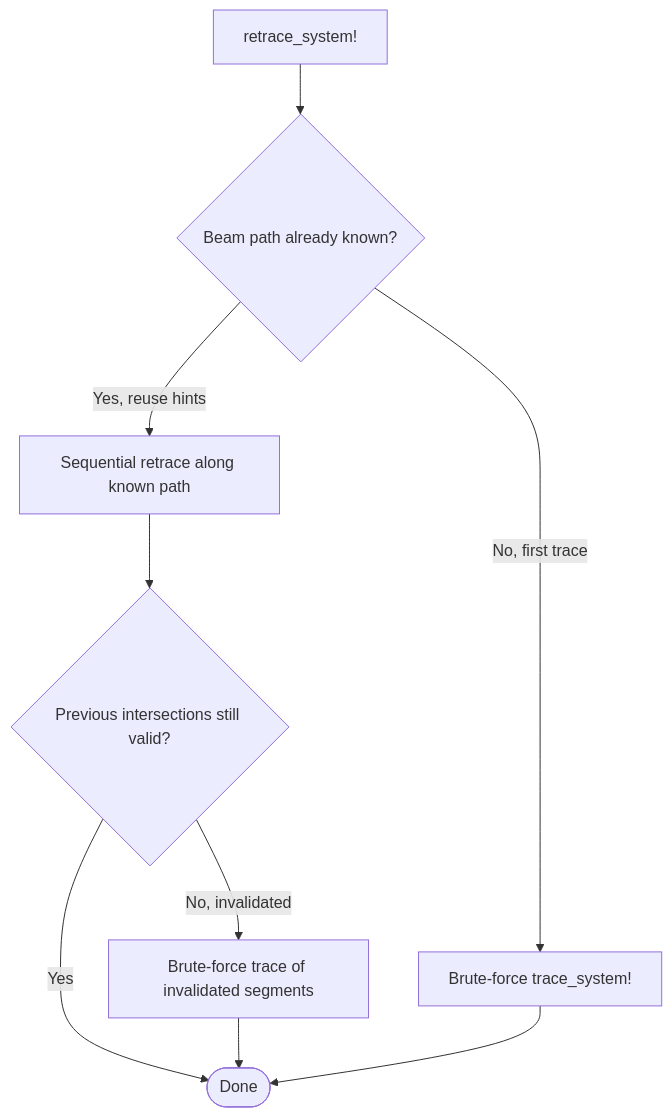
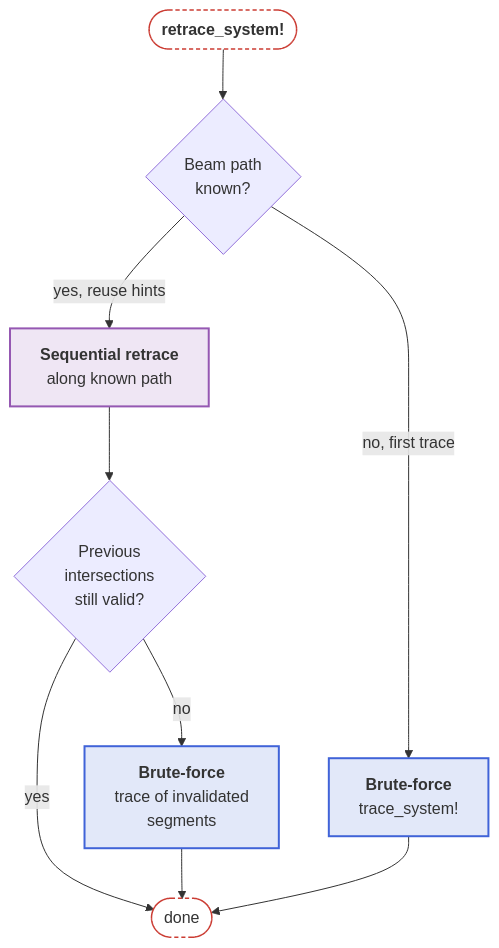
One commit to JuliaPhysics/BeamletOptics.jl changed the second of 2 diagrams in docs/src/api/core.md. Above: the diagram before and after it, drawn with Mermaid. The commit also changed other lines of this file and 5 other files, not shown here.

First line of the commit message:
Docs: restyle Mermaid diagrams and document diagram conventions

````diff
--- a/docs/src/api/core.md
+++ b/docs/src/api/core.md
@@ -101,11 +108,18 @@
 ```mermaid
-flowchart TD
-    A[retrace_system!] --> B{Beam path already known?}
-    B -- "No, first trace" --> C[Brute-force trace_system!]
-    B -- "Yes, reuse hints" --> D[Sequential retrace along known path]
-    D --> E{Previous intersections still valid?}
-    E -- Yes --> F([Done])
-    E -- "No, invalidated" --> G[Brute-force trace of invalidated segments]
+flowchart TB
+    A(["<b>retrace_system!</b>"]) --> B{"Beam path<br/>known?"}
+    B -- "no, first trace" --> C["<b>Brute-force</b><br/>trace_system!"]
+    B -- "yes, reuse hints" --> D["<b>Sequential retrace</b><br/>along known path"]
+    D --> E{"Previous<br/>intersections<br/>still valid?"}
+    E -- "no" --> G["<b>Brute-force</b><br/>trace of invalidated<br/>segments"]
+    E -- "yes" --> F([done])
     G --> F
     C --> F
+
+    classDef blue fill:#4063D826,stroke:#4063D8,stroke-width:2px
+    classDef purple fill:#9558B226,stroke:#9558B2,stroke-width:2px
+    classDef terminal fill:transparent,stroke:#CB3C33,stroke-width:1.5px,stroke-dasharray:4 3
+    class C,G blue
+    class D purple
+    class A,F terminal
 ```
````
